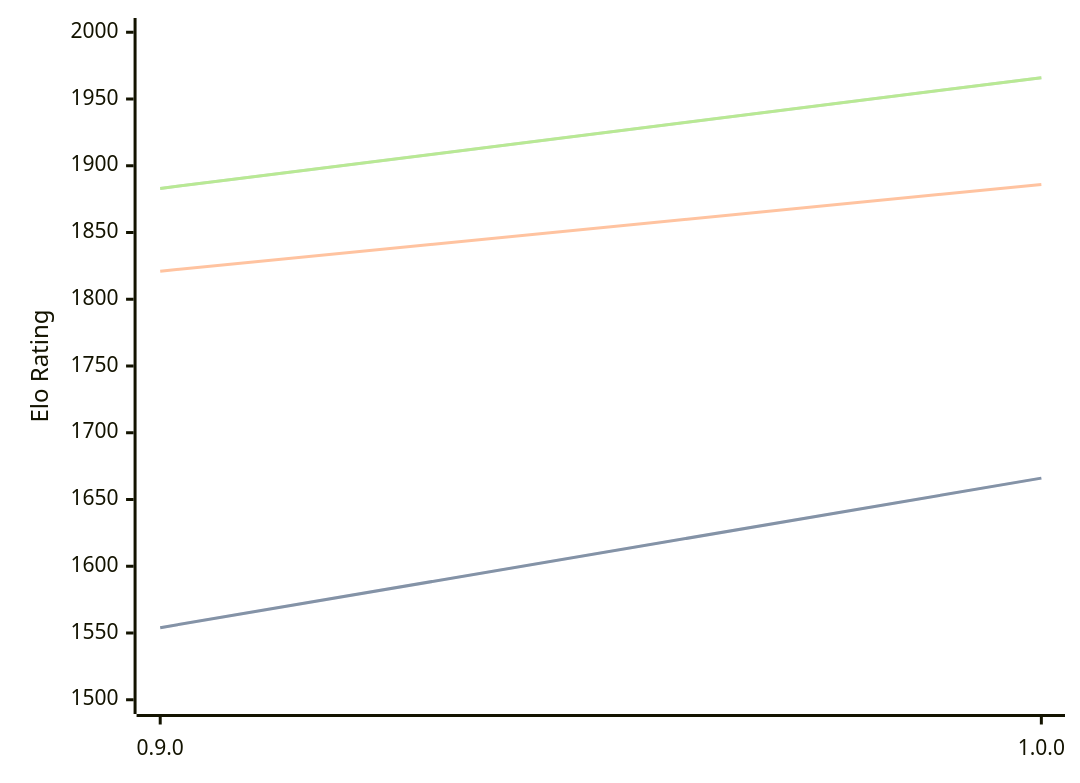
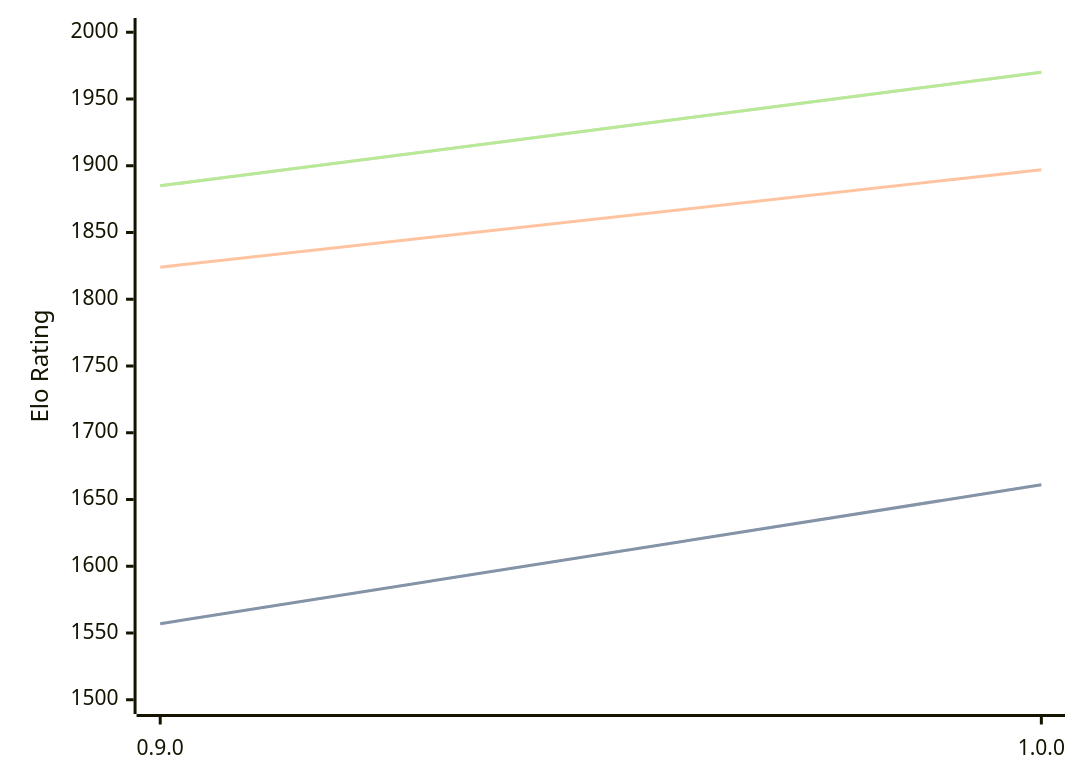
The diagram in engines/Ratsu.md (computer-chess-index/cci), drawn with Mermaid before and after one commit. The commit also changed other lines of this file, not shown here.

Commit message:
Update CCI Ratings (ELO VLTC) - 2026-03-29

````diff
--- a/engines/Ratsu.md
+++ b/engines/Ratsu.md
@@ -32,11 +32,11 @@
 ```mermaid
 %%{init: {"theme":"base","themeVariables":{"seriesColors:['#a3a3a3','#222221','#faa371']}}}%%
 xychart-beta
   x-axis ["0.9.0", "1.0.0"]
   y-axis "Elo Rating" 1500 --> 2000
-  line "STC (8.0+0.08s)" [1554, 1666]
-  line "STC (8.0+0.08s)" [1554, 1666]
-  line "LTC (60.0+0.60s)" [1821, 1886]
-  line "VLTC (2m24s+1.12s)" [1883, 1966]
-  line "VLTC (2m24s+1.12s)" [1883, 1966]
+  line "STC (8.0+0.08s)" [1557, 1661]
+  line "STC (8.0+0.08s)" [1557, 1661]
+  line "LTC (60.0+0.60s)" [1824, 1897]
+  line "VLTC (2m24s+1.12s)" [1885, 1970]
+  line "VLTC (2m24s+1.12s)" [1885, 1970]
 ```
````
